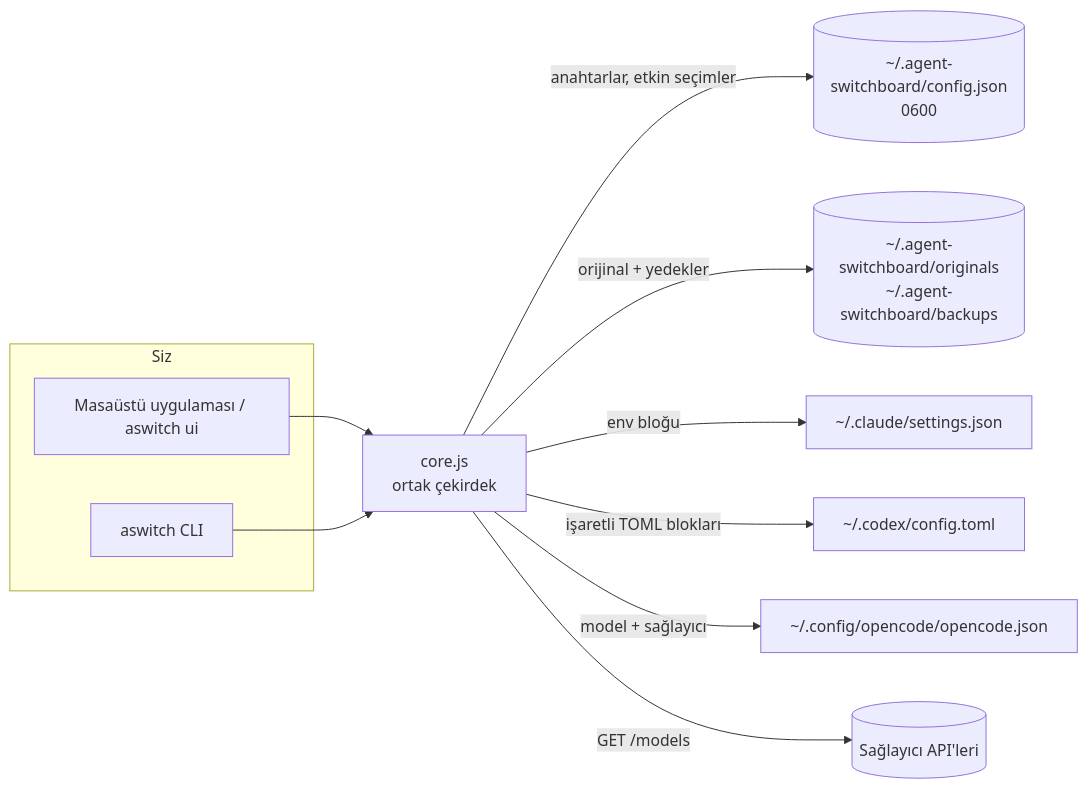
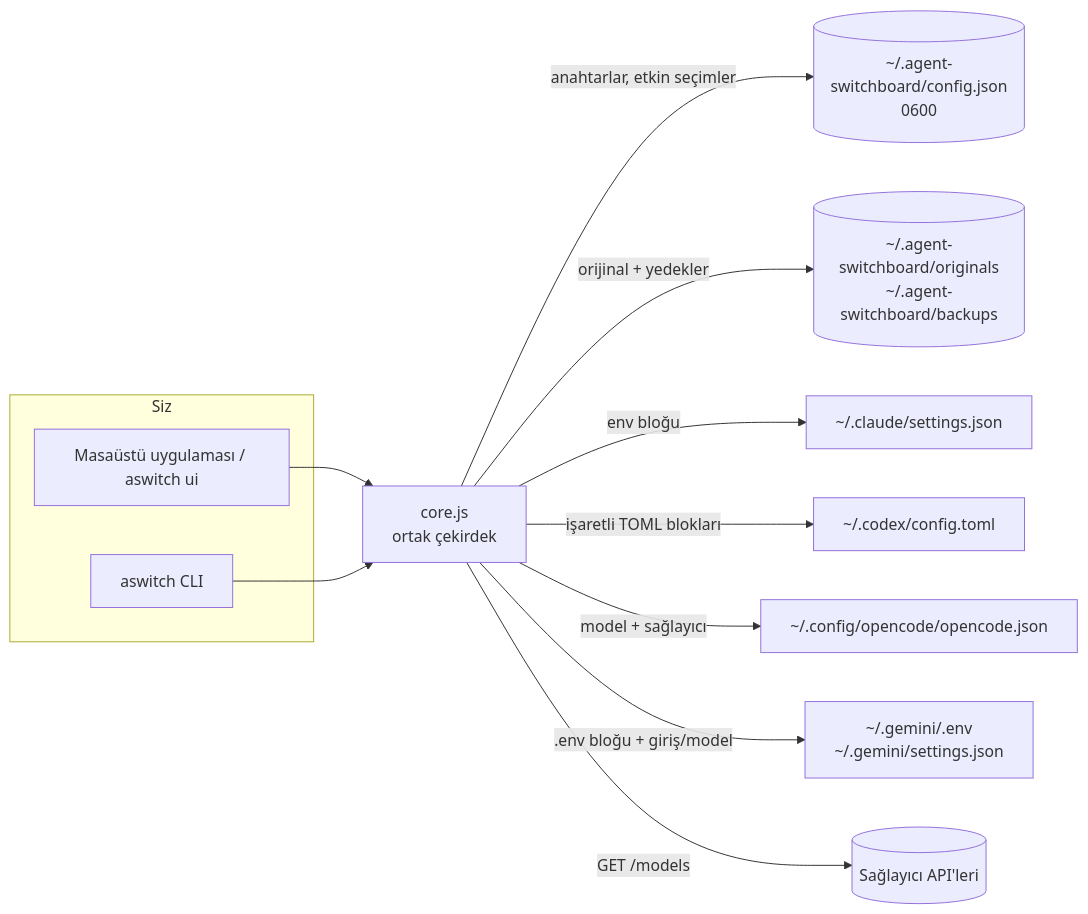
Before and after one commit to cumabozkurt/agent-switchboard: the first of 3 diagrams in README.tr.md, drawn with Mermaid. The commit also changed other lines of this file and 68 other files, not shown here.

````diff
--- a/README.tr.md
+++ b/README.tr.md
@@ -270,15 +322,16 @@
 ```mermaid
 flowchart LR
   subgraph Siz
     UI[Masaüstü uygulaması / aswitch ui]
     CLI[aswitch CLI]
   end
   UI --> CORE[core.js<br/>ortak çekirdek]
   CLI --> CORE
   CORE -->|anahtarlar, etkin seçimler| CFG[(~/.agent-switchboard/config.json<br/>0600)]
   CORE -->|orijinal + yedekler| BK[(~/.agent-switchboard/originals<br/>~/.agent-switchboard/backups)]
   CORE -->|env bloğu| CC[~/.claude/settings.json]
   CORE -->|işaretli TOML blokları| CX[~/.codex/config.toml]
   CORE -->|model + sağlayıcı| OC[~/.config/opencode/opencode.json]
+  CORE -->|.env bloğu + giriş/model| GM[~/.gemini/.env<br/>~/.gemini/settings.json]
   CORE -->|GET /models| P[(Sağlayıcı API'leri)]
 ```
````
